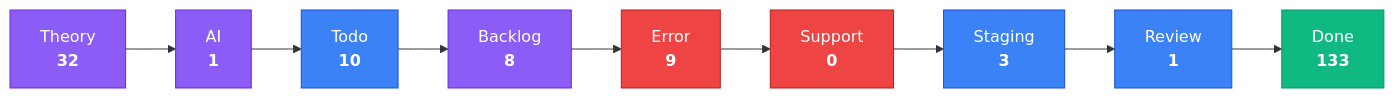
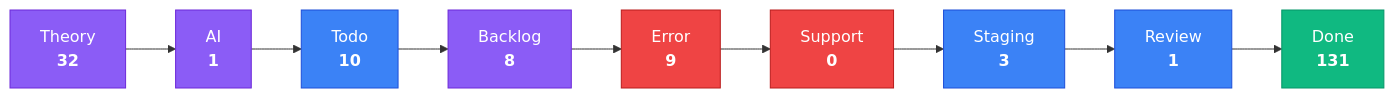
Before and after one commit to KBVE/kbve: the third of 4 diagrams in apps/kbve/astro-kbve/src/content/docs/dashboard/kanban-data.mdx, drawn with Mermaid. The commit also changed other lines of this file and 8 other files, not shown here.

````diff
--- a/apps/kbve/astro-kbve/src/content/docs/dashboard/kanban-data.mdx
+++ b/apps/kbve/astro-kbve/src/content/docs/dashboard/kanban-data.mdx
@@ -80,28 +80,28 @@
 ```mermaid
 flowchart LR
     classDef planning fill:#8b5cf6,stroke:#6d28d9,color:#fff
     classDef active fill:#3b82f6,stroke:#1d4ed8,color:#fff
     classDef blocked fill:#ef4444,stroke:#b91c1c,color:#fff
     classDef done fill:#10b981,stroke:#059669,color:#fff
     Theory["Theory<br/><strong>32</strong>"]
     Theory --> AI
     AI["AI<br/><strong>1</strong>"]
     AI --> Todo
     Todo["Todo<br/><strong>10</strong>"]
     Todo --> Backlog
     Backlog["Backlog<br/><strong>8</strong>"]
     Backlog --> Error
     Error["Error<br/><strong>9</strong>"]
     Error --> Support
     Support["Support<br/><strong>0</strong>"]
     Support --> Staging
     Staging["Staging<br/><strong>3</strong>"]
     Staging --> Review
     Review["Review<br/><strong>1</strong>"]
     Review --> Done
-    Done["Done<br/><strong>133</strong>"]
+    Done["Done<br/><strong>131</strong>"]
     class Theory,AI,Backlog planning
     class Todo,Staging,Review active
     class Error,Support blocked
     class Done done
 ```
````
